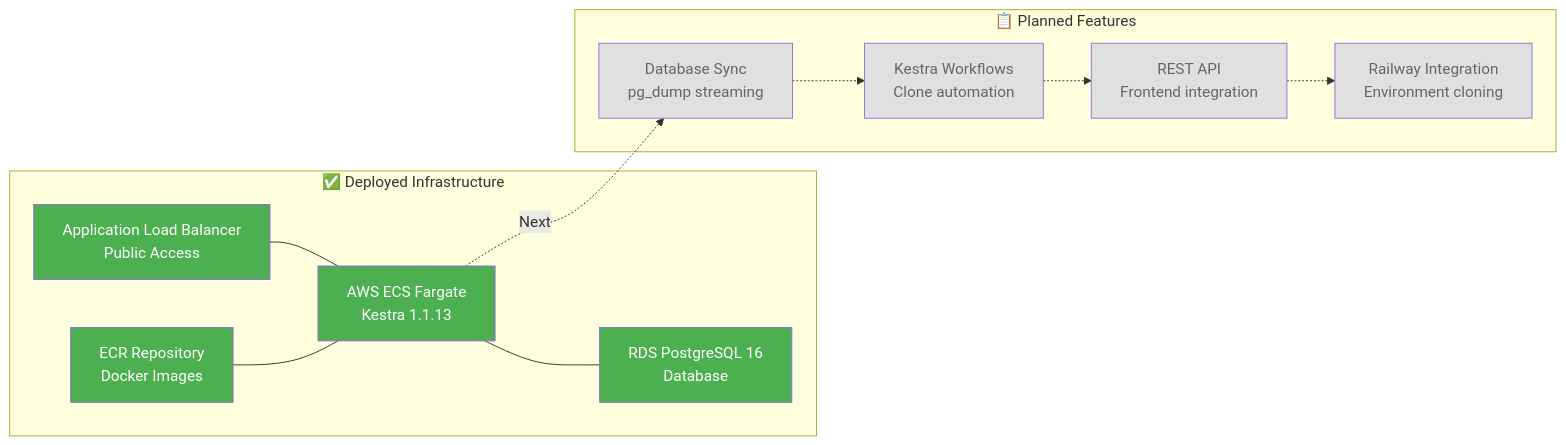
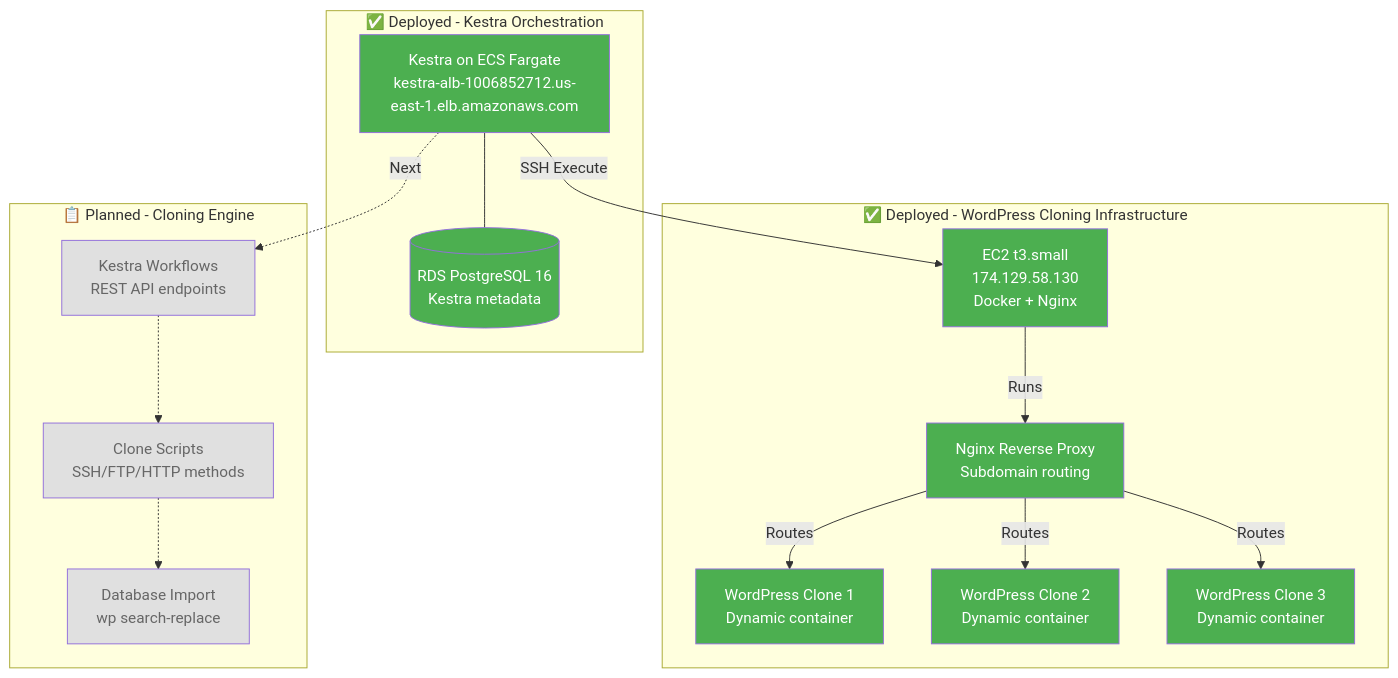
Before and after one commit to bonnelAI/Webdevai-infrastructure: the first of 2 diagrams in README.md, drawn with Mermaid. The commit also changed other lines of this file and 1 other file, not shown here.

````diff
--- a/README.md
+++ b/README.md
@@ -11,34 +11,43 @@
 ```mermaid
-graph LR
-    subgraph "✅ Deployed Infrastructure"
-        A[AWS ECS Fargate<br/>Kestra 1.1.13]
-        B[RDS PostgreSQL 16<br/>Database]
-        C[Application Load Balancer<br/>Public Access]
-        D[ECR Repository<br/>Docker Images]
+graph TB
+    subgraph "✅ Deployed - Kestra Orchestration"
+        K[Kestra on ECS Fargate<br/>kestra-alb-1006852712.us-east-1.elb.amazonaws.com]
+        KDB[(RDS PostgreSQL 16<br/>Kestra metadata)]
     end
     
-    subgraph "📋 Planned Features"
-        E[Database Sync<br/>pg_dump streaming]
-        F[Kestra Workflows<br/>Clone automation]
-        G[REST API<br/>Frontend integration]
-        H[Railway Integration<br/>Environment cloning]
+    subgraph "✅ Deployed - WordPress Cloning Infrastructure"
+        EC2[EC2 t3.small<br/>174.129.58.130<br/>Docker + Nginx]
+        WP1[WordPress Clone 1<br/>Dynamic container]
+        WP2[WordPress Clone 2<br/>Dynamic container]
+        WP3[WordPress Clone 3<br/>Dynamic container]
+        NGX[Nginx Reverse Proxy<br/>Subdomain routing]
     end
     
-    A --- B
-    C --- A
-    D --- A
+    subgraph "📋 Planned - Cloning Engine"
+        CS[Clone Scripts<br/>SSH/FTP/HTTP methods]
+        DB[Database Import<br/>wp search-replace]
+        KW[Kestra Workflows<br/>REST API endpoints]
+    end
     
-    A -.->|Next| E
-    E -.-> F
-    F -.-> G
-    G -.-> H
+    K -->|SSH Execute| EC2
+    EC2 -->|Runs| NGX
+    NGX -->|Routes| WP1
+    NGX -->|Routes| WP2
+    NGX -->|Routes| WP3
+    K --- KDB
     
-    style A fill:#4CAF50,color:#fff
-    style B fill:#4CAF50,color:#fff
-    style C fill:#4CAF50,color:#fff
-    style D fill:#4CAF50,color:#fff
-    style E fill:#E0E0E0,color:#666
-    style F fill:#E0E0E0,color:#666
-    style G fill:#E0E0E0,color:#666
-    style H fill:#E0E0E0,color:#666
+    K -.->|Next| KW
+    KW -.-> CS
+    CS -.-> DB
+    
+    style K fill:#4CAF50,color:#fff
+    style KDB fill:#4CAF50,color:#fff
+    style EC2 fill:#4CAF50,color:#fff
+    style NGX fill:#4CAF50,color:#fff
+    style WP1 fill:#4CAF50,color:#fff
+    style WP2 fill:#4CAF50,color:#fff
+    style WP3 fill:#4CAF50,color:#fff
+    style CS fill:#E0E0E0,color:#666
+    style DB fill:#E0E0E0,color:#666
+    style KW fill:#E0E0E0,color:#666
 ```
````
